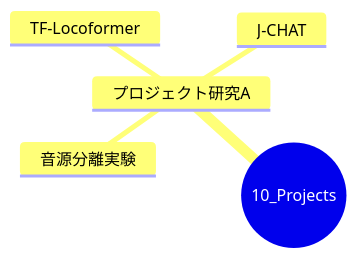
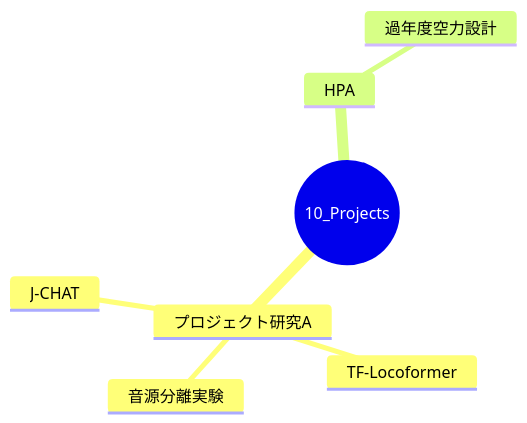
The diagram in 10_Projects/【MOC】10_Projects.md (97kuek/obsidian-vault), drawn with Mermaid before and after one commit. The commit also changed other lines of this file and 4 other files, not shown here.

````diff
--- a/10_Projects/【MOC】10_Projects.md
+++ b/10_Projects/【MOC】10_Projects.md
@@ -16,8 +16,10 @@
 ```mermaid
 mindmap
   root(("10_Projects"))
     プロジェクト研究A
       音源分離実験
       TF-Locoformer
       J-CHAT
+    HPA
+      過年度空力設計
 ```
````
